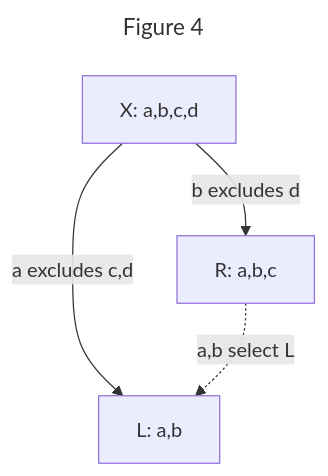
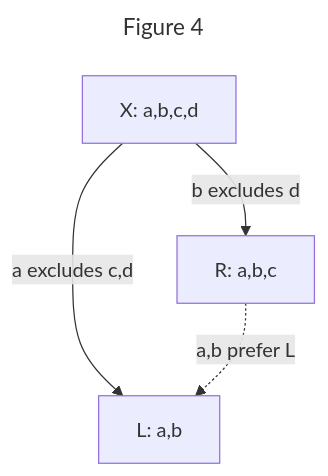
One commit to ssbc/ssb-group-exclusion-spec changed the fourth of 9 diagrams in README.md. Above: the diagram before and after it, drawn with Mermaid. The commit also changed other lines of this file, not shown here.

````diff
--- a/README.md
+++ b/README.md
@@ -262,10 +262,10 @@
 ```mermaid
 ---
 title: Figure 4
 ---
 graph TB;
   zero[X: a,b,c,d]
   zero--"a excludes c,d"-->L[L: a,b]
   zero--"b excludes d"-->R[R: a,b,c]
-  R-. a,b select L .->L
+  R-. a,b prefer L .->L
 ```
````
